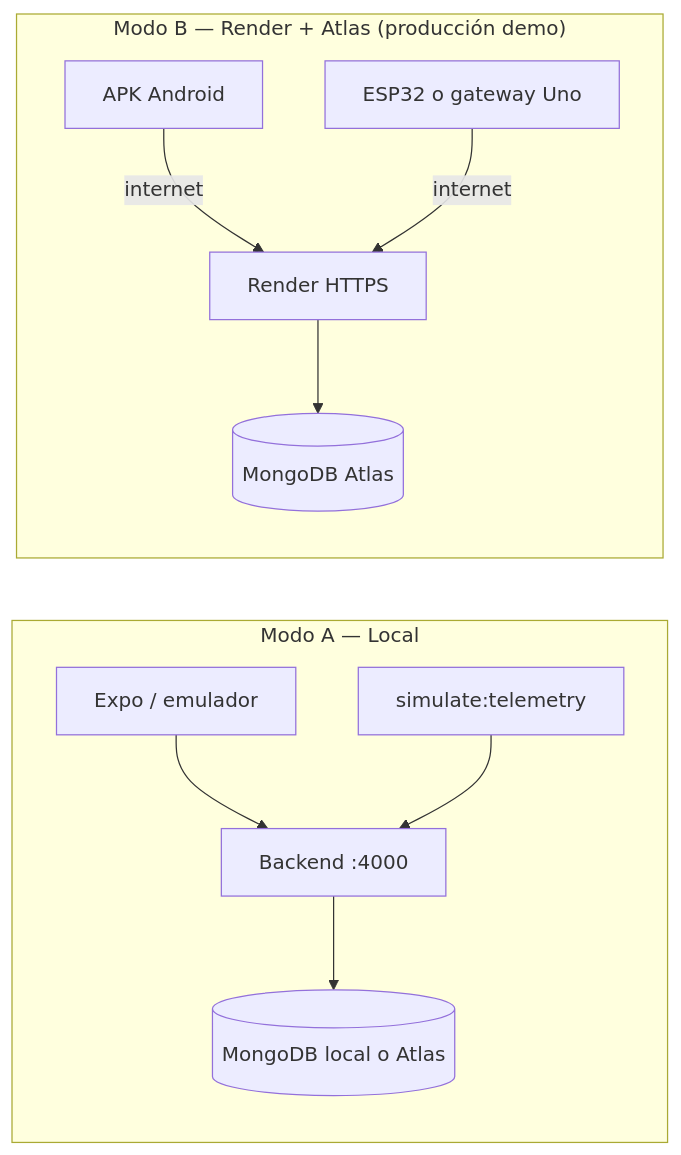
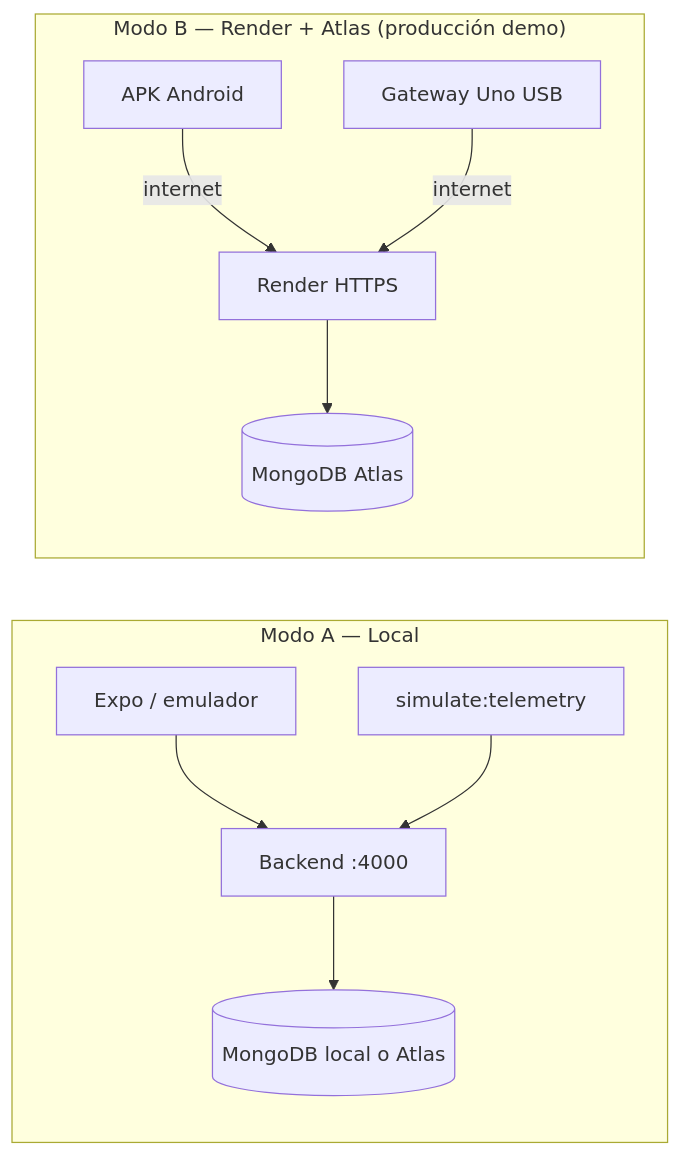
The first of 4 diagrams in docs/GUIA-SISTEMA-COMPLETA.md (zAxOzXVIII/app-harinas), drawn with Mermaid before and after one commit. The commit also changed other lines of this file and 26 other files, not shown here.

Commit message:
Dejar solo firmware Uno USB y documentar el flujo gateway a Render, sin Wi-Fi de placa.

````diff
--- a/docs/GUIA-SISTEMA-COMPLETA.md
+++ b/docs/GUIA-SISTEMA-COMPLETA.md
@@ -70,20 +67,20 @@
 ```mermaid
 flowchart LR
   subgraph local["Modo A — Local"]
     APP_L[Expo / emulador]
     BE_L[Backend :4000]
     DB_L[(MongoDB local o Atlas)]
     SIM[simulate:telemetry]
     APP_L --> BE_L --> DB_L
     SIM --> BE_L
   end
 
   subgraph cloud["Modo B — Render + Atlas (producción demo)"]
     APP_C[APK Android]
     BE_C[Render HTTPS]
     DB_C[(MongoDB Atlas)]
-    HW[ESP32 o gateway Uno]
+    HW[Gateway Uno USB]
     APP_C -->|internet| BE_C --> DB_C
     HW -->|internet| BE_C
   end
 ```
````
